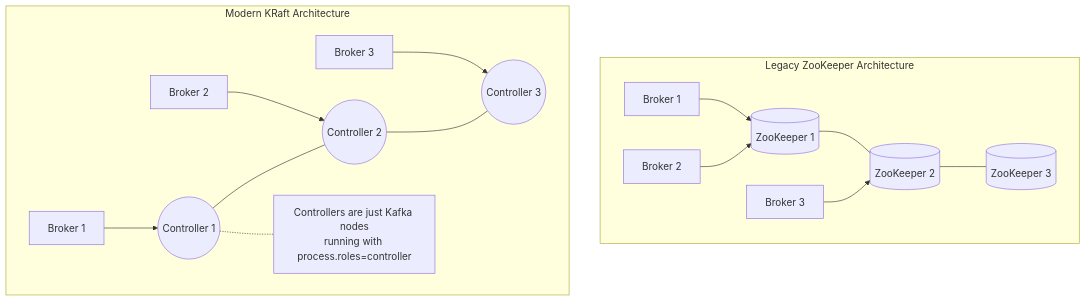
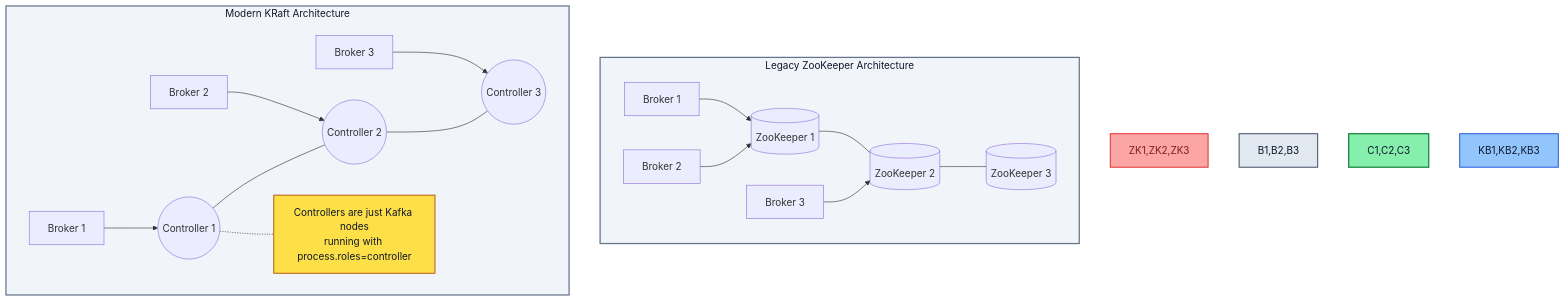
The first of 2 diagrams in 03-Apache-Kafka/06-Hands-On-Labs-and-Cheat-Sheet.md (PandeyKishan/Study-Notes), drawn with Mermaid before and after one commit. The commit also changed 22 other files, not shown here.

Commit message:
docs: enhance diagram visibility with high-contrast palette and add concise book definitions

````diff
--- a/03-Apache-Kafka/06-Hands-On-Labs-and-Cheat-Sheet.md
+++ b/03-Apache-Kafka/06-Hands-On-Labs-and-Cheat-Sheet.md
@@ -12,23 +12,31 @@
 ```mermaid
 flowchart TD
-    subgraph "Legacy ZooKeeper Architecture"
+    subgraph Legacy["Legacy ZooKeeper Architecture"]
         ZK1[(ZooKeeper 1)] --- ZK2[(ZooKeeper 2)]
         ZK2 --- ZK3[(ZooKeeper 3)]
         
         B1[Broker 1] --> ZK1
         B2[Broker 2] --> ZK1
         B3[Broker 3] --> ZK2
     end
     
-    subgraph "Modern KRaft Architecture"
+    subgraph Modern["Modern KRaft Architecture"]
         C1((Controller 1)) --- C2((Controller 2))
         C2 --- C3((Controller 3))
         
         KB1[Broker 1] --> C1
         KB2[Broker 2] --> C2
         KB3[Broker 3] --> C3
         
         note[Controllers are just Kafka nodes\nrunning with process.roles=controller]
         C1 -.- note
     end
+
+    style Legacy fill:#f1f5f9,stroke:#64748b,stroke-width:2px,color:#0f172a
+    style Modern fill:#f1f5f9,stroke:#64748b,stroke-width:2px,color:#0f172a
+    style ZK1,ZK2,ZK3 fill:#fca5a5,stroke:#dc2626,stroke-width:1.5px,color:#7f1d1d
+    style B1,B2,B3 fill:#e2e8f0,stroke:#334155,stroke-width:1.5px,color:#0f172a
+    style C1,C2,C3 fill:#86efac,stroke:#15803d,stroke-width:2px,color:#0f172a
+    style KB1,KB2,KB3 fill:#93c5fd,stroke:#1d4ed8,stroke-width:1.5px,color:#0f172a
+    style note fill:#fde047,stroke:#b45309,stroke-width:1.5px,color:#0f172a
 ```
````
